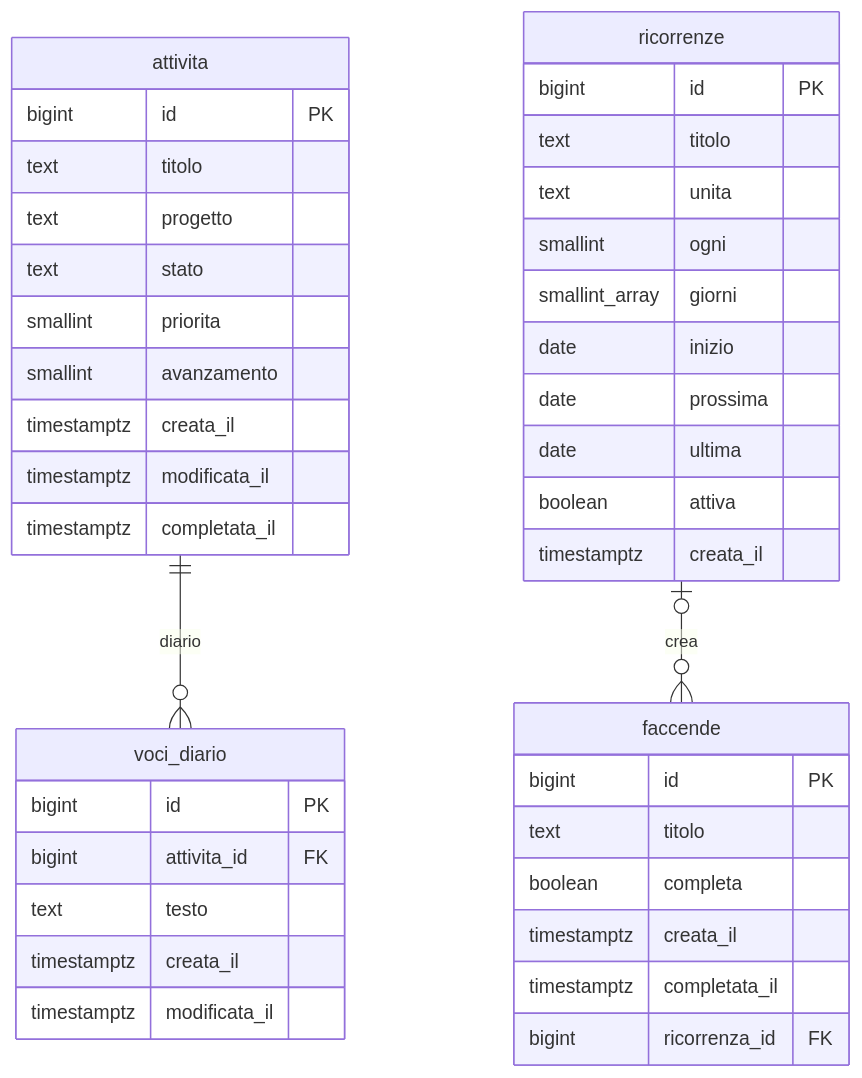
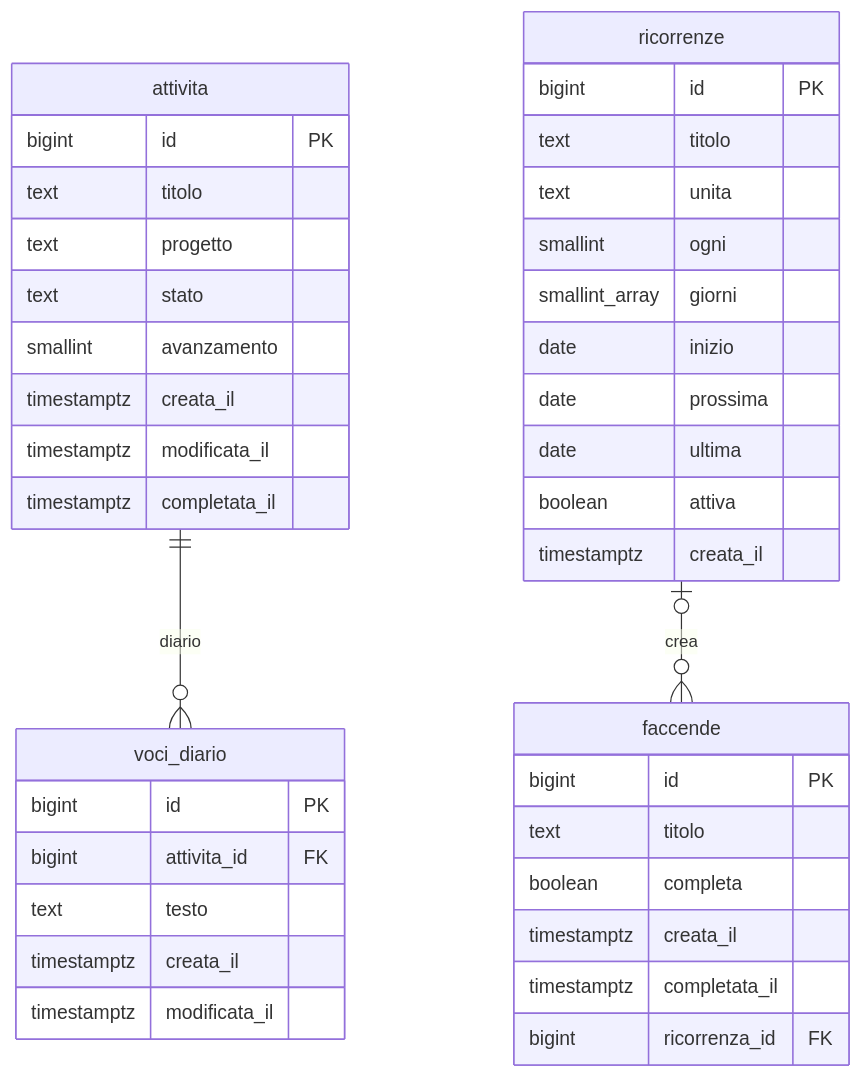
The diagram in doc/04-modello-dati.md (GiacomoGuaresi/Projects), drawn with Mermaid before and after one commit. The commit also changed other lines of this file and 21 other files, not shown here.

````diff
--- a/doc/04-modello-dati.md
+++ b/doc/04-modello-dati.md
@@ -7,43 +7,42 @@
 ```mermaid
 erDiagram
   attivita ||--o{ voci_diario : "diario"
   ricorrenze |o--o{ faccende : "crea"
   ricorrenze {
     bigint id PK
     text titolo
     text unita
     smallint ogni
     smallint_array giorni
     date inizio
     date prossima
     date ultima
     boolean attiva
     timestamptz creata_il
   }
   faccende {
     bigint id PK
     text titolo
     boolean completa
     timestamptz creata_il
     timestamptz completata_il
     bigint ricorrenza_id FK
   }
   attivita {
     bigint id PK
     text titolo
     text progetto
     text stato
-    smallint priorita
     smallint avanzamento
     timestamptz creata_il
     timestamptz modificata_il
     timestamptz completata_il
   }
   voci_diario {
     bigint id PK
     bigint attivita_id FK
     text testo
     timestamptz creata_il
     timestamptz modificata_il
   }
 ```
````
